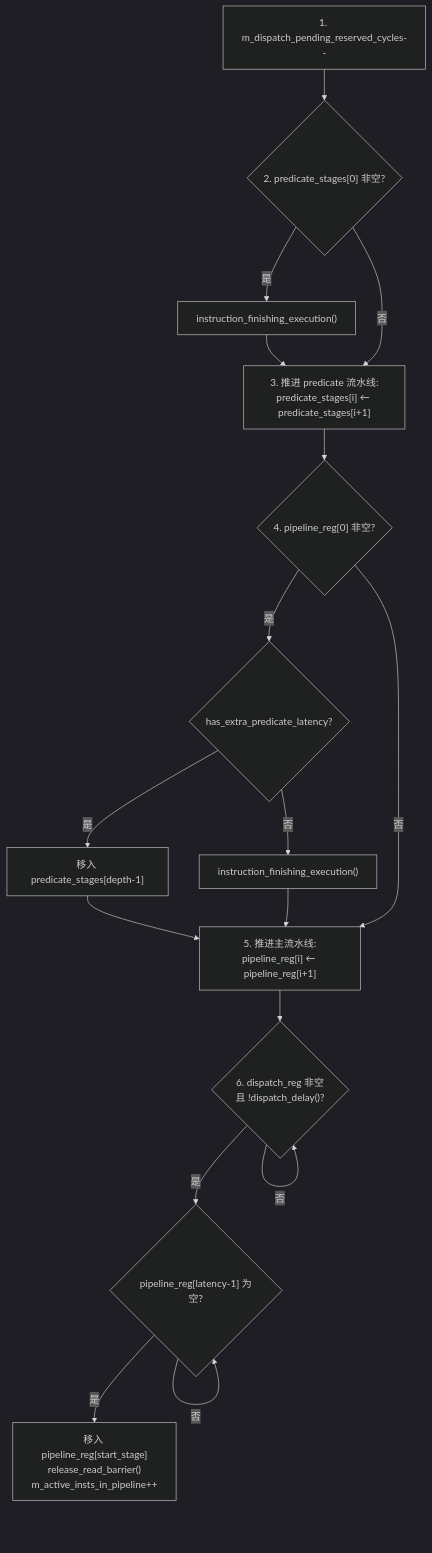
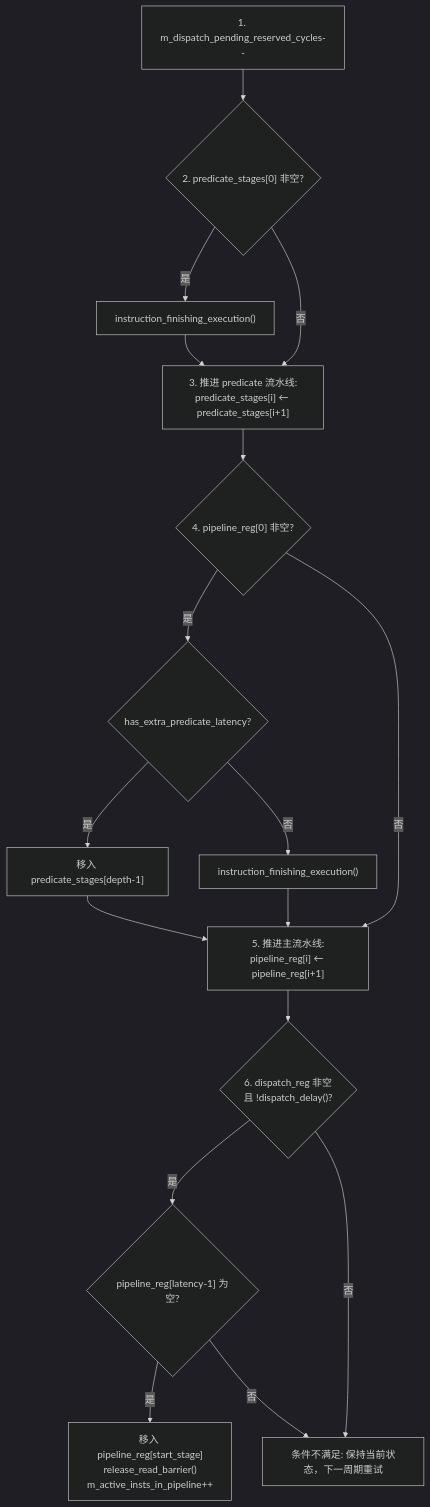
One commit to dzwduan/modern-gpu-simulator-micro-2025 changed the second of 22 diagrams in docs/detailed-design/06-执行资源设计.md. Above: the diagram before and after it, drawn with Mermaid (dark theme). The commit also changed other lines of this file and 5 other files, not shown here.

Commit message:
docs(detailed-design): fix Mermaid diagram semantics and parser compatibility

````diff
--- a/docs/detailed-design/06-执行资源设计.md
+++ b/docs/detailed-design/06-执行资源设计.md
@@ -310,29 +310,30 @@
 ```mermaid
 flowchart TD
     S1["1. m_dispatch_pending_reserved_cycles--"]
     S2{"2. predicate_stages[0] 非空?"}
     S2Y["instruction_finishing_execution()"]
     S3["3. 推进 predicate 流水线:<br/>predicate_stages[i] ← predicate_stages[i+1]"]
     S4{"4. pipeline_reg[0] 非空?"}
     S4A{"has_extra_predicate_latency?"}
     S4Y["移入 predicate_stages[depth-1]"]
     S4N["instruction_finishing_execution()"]
     S5["5. 推进主流水线:<br/>pipeline_reg[i] ← pipeline_reg[i+1]"]
     S6{"6. dispatch_reg 非空<br/>且 !dispatch_delay()?"}
     S6A{"pipeline_reg[latency-1] 为空?"}
     S6Y["移入 pipeline_reg[start_stage]<br/>release_read_barrier()<br/>m_active_insts_in_pipeline++"]
+    WAIT1["条件不满足: 保持当前状态，下一周期重试"]
 
     S1 --> S2
     S2 -->|是| S2Y --> S3
     S2 -->|否| S3
     S3 --> S4
     S4 -->|是| S4A
     S4A -->|是| S4Y --> S5
     S4A -->|否| S4N --> S5
     S4 -->|否| S5
     S5 --> S6
     S6 -->|是| S6A
     S6A -->|是| S6Y
-    S6A -->|否| S6A
-    S6 -->|否| S6
+    S6A -->|否| WAIT1
+    S6 -->|否| WAIT1
 ```
````
